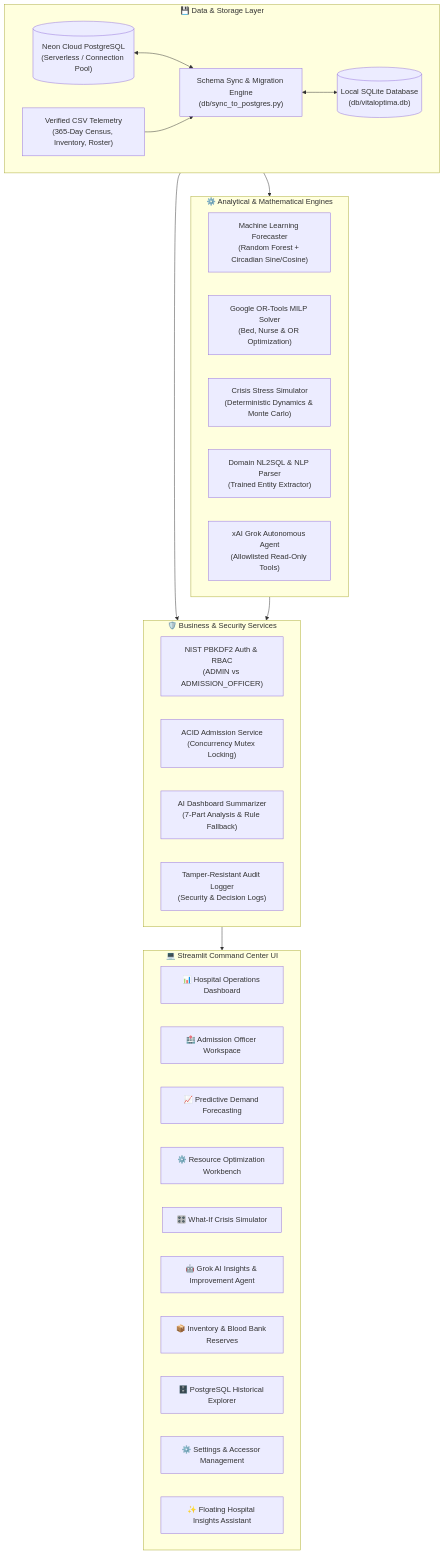
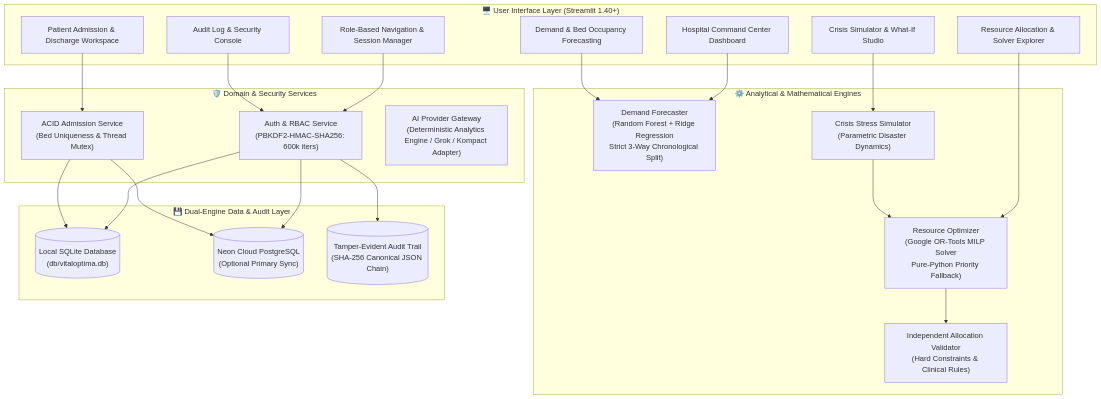
One commit to VenkataMadhuSudan/VitalOptima changed the second of 2 diagrams in README.md. Above: the diagram before and after it, drawn with Mermaid. The commit also changed other lines of this file and 18 other files, not shown here.

Commit message:
fix(auth): add one-click login and resolve dashboard redirect; audit ML leakage and db constraints

````diff
--- a/README.md
+++ b/README.md
@@ -118,44 +75,41 @@
 ```mermaid
 flowchart TD
-    subgraph DataSources["💾 Data & Storage Layer"]
-        PG[("Neon Cloud PostgreSQL\n(Serverless / Connection Pool)")]
-        SQLITE[("Local SQLite Database\n(db/vitaloptima.db)")]
-        CSV["Verified CSV Telemetry\n(365-Day Census, Inventory, Roster)"]
-        SYNC["Schema Sync & Migration Engine\n(db/sync_to_postgres.py)"]
-        PG <--> SYNC <--> SQLITE
-        CSV --> SYNC
+    subgraph Presentation["🖥️ User Interface Layer (Streamlit 1.40+)"]
+        NAV["Role-Based Navigation & Session Manager"]
+        DASH["Hospital Command Center Dashboard"]
+        FC_UI["Demand & Bed Occupancy Forecasting"]
+        OPT_UI["Resource Allocation & Solver Explorer"]
+        SIM_UI["Crisis Simulator & What-If Studio"]
+        ADMIT_UI["Patient Admission & Discharge Workspace"]
+        AUDIT_UI["Audit Log & Security Console"]
     end
 
-    subgraph CoreEngines["⚙️ Analytical & Mathematical Engines"]
-        ML["Machine Learning Forecaster\n(Random Forest + Circadian Sine/Cosine)"]
-        MILP["Google OR-Tools MILP Solver\n(Bed, Nurse & OR Optimization)"]
-        SIM["Crisis Stress Simulator\n(Deterministic Dynamics & Monte Carlo)"]
-        NLQ["Domain NL2SQL & NLP Parser\n(Trained Entity Extractor)"]
-        GROK["xAI Grok Autonomous Agent\n(Allowlisted Read-Only Tools)"]
+    subgraph DomainServices["🛡️ Domain & Security Services"]
+        AUTH_SVC["Auth & RBAC Service\n(PBKDF2-HMAC-SHA256: 600k iters)"]
+        ADMIT_SVC["ACID Admission Service\n(Bed Uniqueness & Thread Mutex)"]
+        AI_GW["AI Provider Gateway\n(Deterministic Analytics Engine / Grok / Kompact Adapter)"]
     end
 
-    subgraph ServiceLayer["🛡️ Business & Security Services"]
-        AUTH["NIST PBKDF2 Auth & RBAC\n(ADMIN vs ADMISSION_OFFICER)"]
-        ADMIT["ACID Admission Service\n(Concurrency Mutex Locking)"]
-        SUMM["AI Dashboard Summarizer\n(7-Part Analysis & Rule Fallback)"]
-        AUDIT["Tamper-Resistant Audit Logger\n(Security & Decision Logs)"]
+    subgraph ComputationalEngines["⚙️ Analytical & Mathematical Engines"]
+        FORECASTER["Demand Forecaster\n(Random Forest + Ridge Regression\nStrict 3-Way Chronological Split)"]
+        OPTIMIZER["Resource Optimizer\n(Google OR-Tools MILP Solver\nPure-Python Priority Fallback)"]
+        VALIDATOR["Independent Allocation Validator\n(Hard Constraints & Clinical Rules)"]
+        SIMULATOR["Crisis Stress Simulator\n(Parametric Disaster Dynamics)"]
     end
 
-    subgraph PresentationLayer["💻 Streamlit Command Center UI"]
-        DASH["📊 Hospital Operations Dashboard"]
-        ADM_UI["🏥 Admission Officer Workspace"]
-        FC_UI["📈 Predictive Demand Forecasting"]
-        OPT_UI["⚙️ Resource Optimization Workbench"]
-        SIM_UI["🎛️ What-If Crisis Simulator"]
-        AI_UI["🤖 Grok AI Insights & Improvement Agent"]
-        INV_UI["📦 Inventory & Blood Bank Reserves"]
-        EXP_UI["🗄️ PostgreSQL Historical Explorer"]
-        SET_UI["⚙️ Settings & Accessor Management"]
-        FLOAT["✨ Floating Hospital Insights Assistant"]
+    subgraph DataPersistence["💾 Dual-Engine Data & Audit Layer"]
+        SQLITE[("Local SQLite Database\n(db/vitaloptima.db)")]
+        POSTGRES[("Neon Cloud PostgreSQL\n(Optional Primary Sync)")]
+        AUDIT_LOG[("Tamper-Evident Audit Trail\n(SHA-256 Canonical JSON Chain)")]
     end
 
-    DataSources --> CoreEngines
-    DataSources --> ServiceLayer
-    CoreEngines --> ServiceLayer
-    ServiceLayer --> PresentationLayer
+    NAV --> AUTH_SVC
+    DASH & FC_UI --> FORECASTER
+    OPT_UI --> OPTIMIZER --> VALIDATOR
+    SIM_UI --> SIMULATOR --> OPTIMIZER
+    ADMIT_UI --> ADMIT_SVC
+    AUDIT_UI --> AUTH_SVC
+
+    AUTH_SVC & ADMIT_SVC --> SQLITE & POSTGRES
+    AUTH_SVC --> AUDIT_LOG
 ```
````
